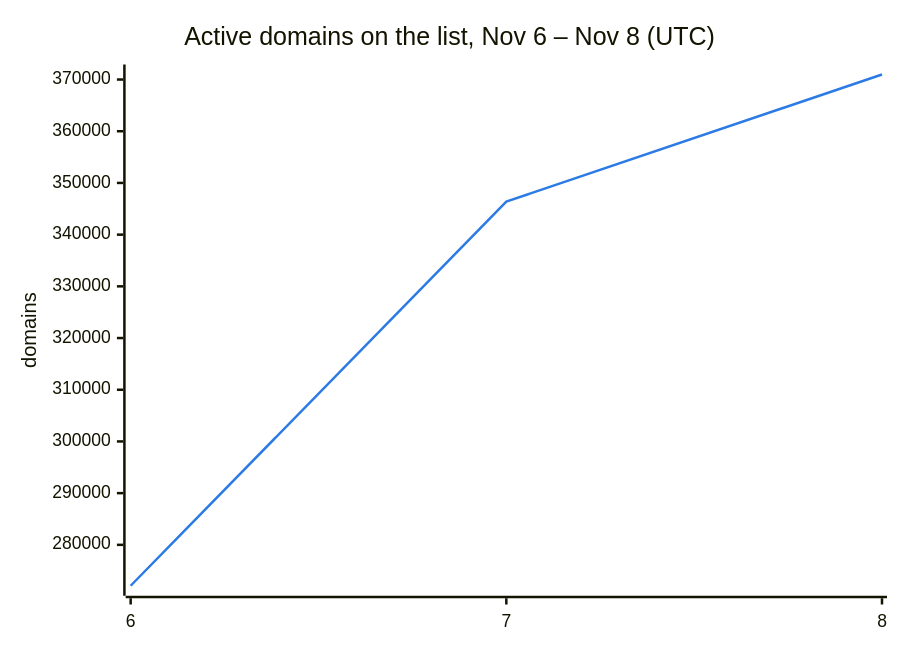
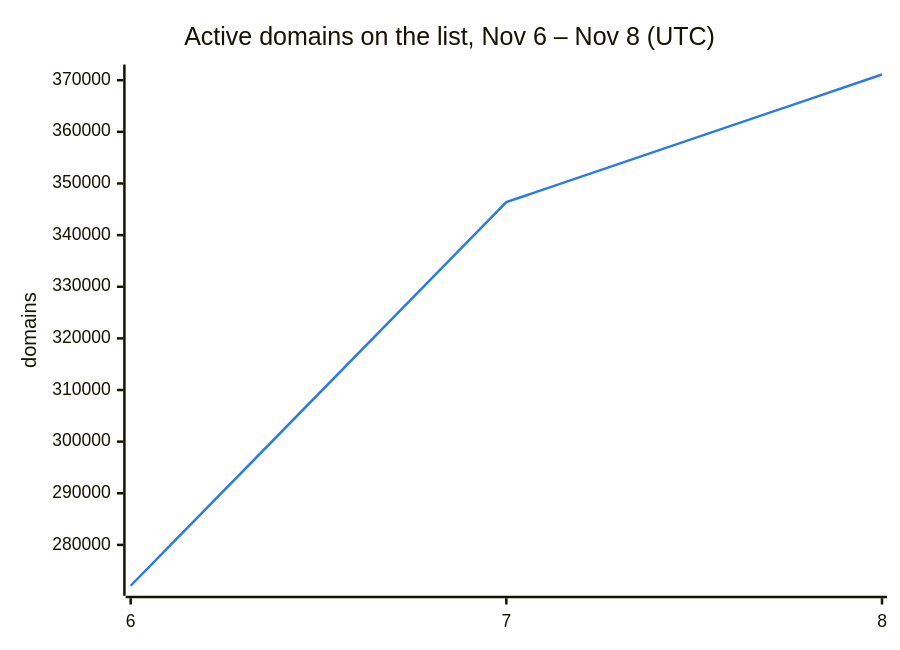
Before and after one commit to DNSBunker/CTI: the second of 3 diagrams in README.md, drawn with Mermaid. The commit also changed other lines of this file and 3 other files, not shown here.

````diff
--- a/README.md
+++ b/README.md
@@ -38,8 +38,8 @@
 ```mermaid
 %%{init: {"themeVariables": {"xyChart": {"plotColorPalette": "#2c7be5"}}}}%%
 xychart-beta
     title "Active domains on the list, Nov 6 – Nov 8 (UTC)"
     x-axis ["6", "7", "8"]
     y-axis "domains"
-    line [272088, 346388, 370974]
+    line [272088, 346388, 371109]
 ```
````
